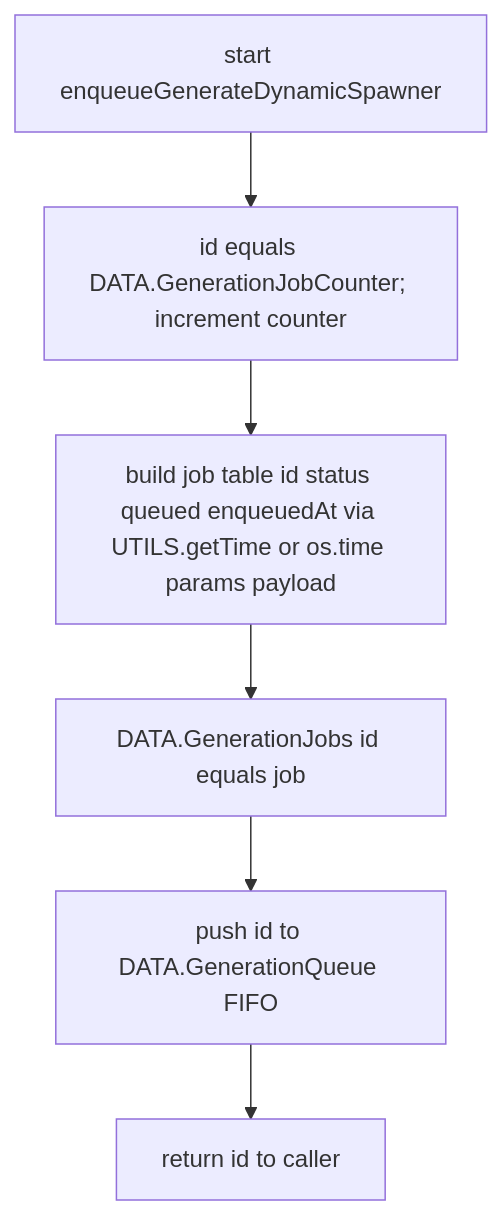
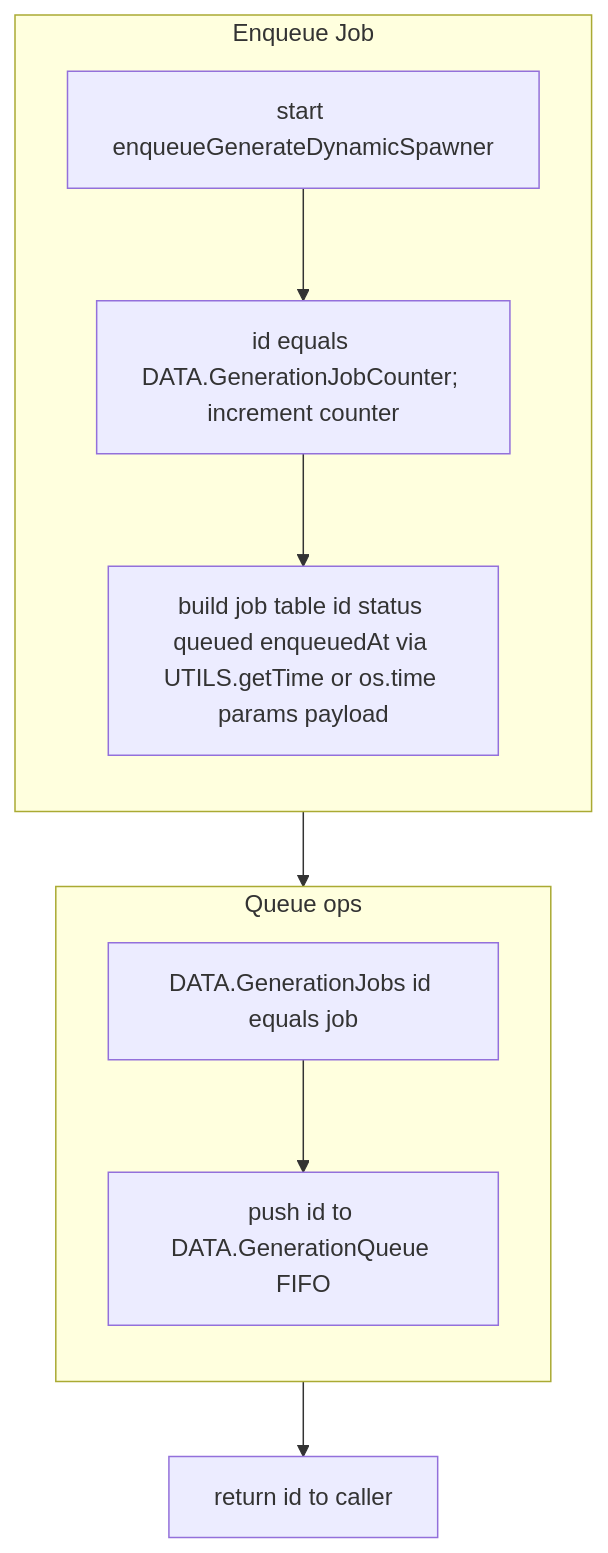
One commit to Gh0st352/AETHR changed the first of 4 diagrams in docs/spawner/async.md. Above: the diagram before and after it, drawn with Mermaid. The commit also changed other lines of this file and 9 other files, not shown here.

First line of the commit message:
docs(spawner, mermaid): restructure diagrams and clarify headings

````diff
--- a/docs/spawner/async.md
+++ b/docs/spawner/async.md
@@ -18,8 +18,18 @@
 ```mermaid
+%% shared theme: docs/_mermaid/theme.json %%
 flowchart TB
-  E0[start enqueueGenerateDynamicSpawner] --> E1[id equals DATA.GenerationJobCounter; increment counter]
-  E1 --> E2[build job table id status queued enqueuedAt via UTILS.getTime or os.time params payload]
-  E2 --> E3[DATA.GenerationJobs id equals job]
-  E3 --> E4[push id to DATA.GenerationQueue FIFO]
+  subgraph "Enqueue Job"
+    direction TB
+    E0[start enqueueGenerateDynamicSpawner] --> E1[id equals DATA.GenerationJobCounter; increment counter]
+    E1 --> E2[build job table id status queued enqueuedAt via UTILS.getTime or os.time params payload]
+  end
+  subgraph "Queue ops"
+    direction TB
+    E2 --> E3[DATA.GenerationJobs id equals job]
+    E3 --> E4[push id to DATA.GenerationQueue FIFO]
+  end
   E4 --> E5[return id to caller]
+  class E0 class_io;
+  class E1,E2,E3,E4 class_step;
+  class E5 class_result;
 ```
````
